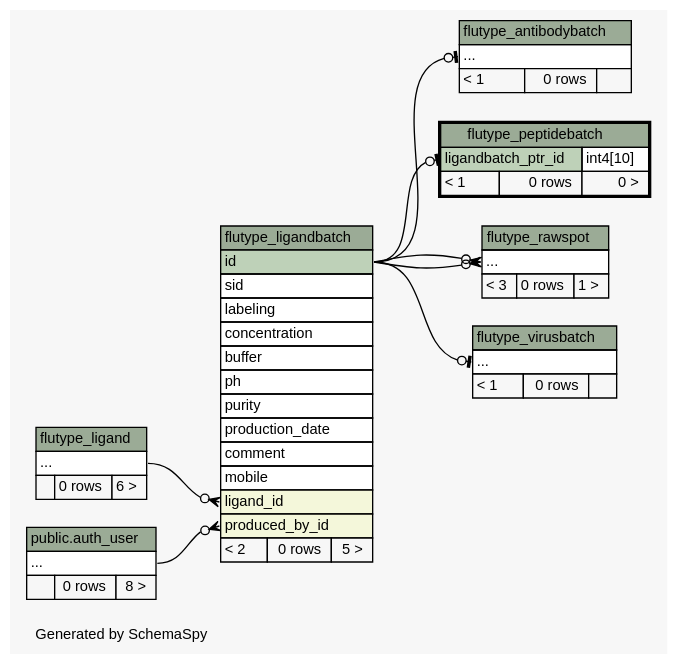
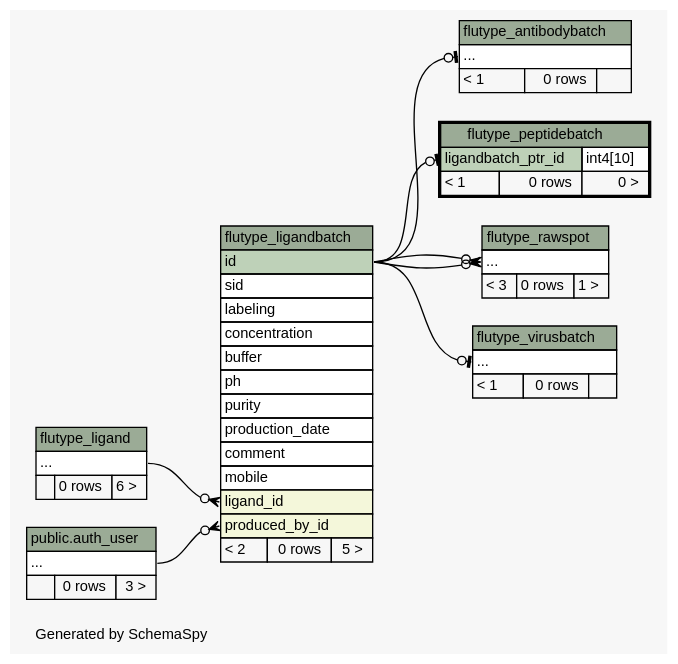
The diagram in docs/schema/diagrams/flutype_peptidebatch.2degrees.dot (janekg89/flutype_webapp), drawn with Graphviz before and after one commit. The commit also changed 127 other files, not shown here.

Commit message:
latest schema generated

```diff
--- a/docs/schema/diagrams/flutype_peptidebatch.2degrees.dot
+++ b/docs/schema/diagrams/flutype_peptidebatch.2degrees.dot
@@ -1,109 +1,109 @@
 // dot 2.38.0 on Linux 4.4.0-89-generic
 // SchemaSpy rev 590
 digraph "twoDegreesRelationshipsDiagram" {
   graph [
     rankdir="RL"
     bgcolor="#f7f7f7"
     label="\nGenerated by SchemaSpy"
     labeljust="l"
     nodesep="0.18"
     ranksep="0.46"
     fontname="Helvetica"
     fontsize="11"
   ];
   node [
     fontname="Helvetica"
     fontsize="11"
     shape="plaintext"
   ];
   edge [
     arrowsize="0.8"
   ];
   "flutype_antibodybatch":"elipses":w -> "flutype_ligandbatch":"id":e [arrowhead=none dir=back arrowtail=teeodot];
   "flutype_ligandbatch":"ligand_id":w -> "flutype_ligand":"elipses":e [arrowhead=none dir=back arrowtail=crowodot];
   "flutype_ligandbatch":"produced_by_id":w -> "public.auth_user":"elipses":e [arrowhead=none dir=back arrowtail=crowodot];
   "flutype_peptidebatch":"ligandbatch_ptr_id":w -> "flutype_ligandbatch":"id":e [arrowhead=none dir=back arrowtail=teeodot];
   "flutype_rawspot":"elipses":w -> "flutype_ligandbatch":"id":e [arrowhead=none dir=back arrowtail=crowodot];
   "flutype_rawspot":"elipses":w -> "flutype_ligandbatch":"id":e [arrowhead=none dir=back arrowtail=crowodot];
   "flutype_virusbatch":"elipses":w -> "flutype_ligandbatch":"id":e [arrowhead=none dir=back arrowtail=teeodot];
   "public.auth_user" [
     label=<
     <TABLE BORDER="0" CELLBORDER="1" CELLSPACING="0" BGCOLOR="#ffffff">
       <TR><TD COLSPAN="3" BGCOLOR="#9bab96" ALIGN="CENTER">public.auth_user</TD></TR>
       <TR><TD PORT="elipses" COLSPAN="3" ALIGN="LEFT">...</TD></TR>
-      <TR><TD ALIGN="LEFT" BGCOLOR="#f7f7f7">  </TD><TD ALIGN="RIGHT" BGCOLOR="#f7f7f7">0 rows</TD><TD ALIGN="RIGHT" BGCOLOR="#f7f7f7">8 &gt;</TD></TR>
+      <TR><TD ALIGN="LEFT" BGCOLOR="#f7f7f7">  </TD><TD ALIGN="RIGHT" BGCOLOR="#f7f7f7">0 rows</TD><TD ALIGN="RIGHT" BGCOLOR="#f7f7f7">3 &gt;</TD></TR>
     </TABLE>>
     tooltip="public.auth_user"
   ];
   "flutype_antibodybatch" [
     label=<
     <TABLE BORDER="0" CELLBORDER="1" CELLSPACING="0" BGCOLOR="#ffffff">
       <TR><TD COLSPAN="3" BGCOLOR="#9bab96" ALIGN="CENTER">flutype_antibodybatch</TD></TR>
       <TR><TD PORT="elipses" COLSPAN="3" ALIGN="LEFT">...</TD></TR>
       <TR><TD ALIGN="LEFT" BGCOLOR="#f7f7f7">&lt; 1</TD><TD ALIGN="RIGHT" BGCOLOR="#f7f7f7">0 rows</TD><TD ALIGN="RIGHT" BGCOLOR="#f7f7f7">  </TD></TR>
     </TABLE>>
     URL="flutype_antibodybatch.html"
     tooltip="flutype_antibodybatch"
   ];
   "flutype_ligand" [
     label=<
     <TABLE BORDER="0" CELLBORDER="1" CELLSPACING="0" BGCOLOR="#ffffff">
       <TR><TD COLSPAN="3" BGCOLOR="#9bab96" ALIGN="CENTER">flutype_ligand</TD></TR>
       <TR><TD PORT="elipses" COLSPAN="3" ALIGN="LEFT">...</TD></TR>
       <TR><TD ALIGN="LEFT" BGCOLOR="#f7f7f7">  </TD><TD ALIGN="RIGHT" BGCOLOR="#f7f7f7">0 rows</TD><TD ALIGN="RIGHT" BGCOLOR="#f7f7f7">6 &gt;</TD></TR>
     </TABLE>>
     URL="flutype_ligand.html"
     tooltip="flutype_ligand"
   ];
   "flutype_ligandbatch" [
     label=<
     <TABLE BORDER="0" CELLBORDER="1" CELLSPACING="0" BGCOLOR="#ffffff">
       <TR><TD COLSPAN="3" BGCOLOR="#9bab96" ALIGN="CENTER">flutype_ligandbatch</TD></TR>
       <TR><TD PORT="id" COLSPAN="3" BGCOLOR="#bed1b8" ALIGN="LEFT">id</TD></TR>
       <TR><TD PORT="sid" COLSPAN="3" ALIGN="LEFT">sid</TD></TR>
       <TR><TD PORT="labeling" COLSPAN="3" ALIGN="LEFT">labeling</TD></TR>
       <TR><TD PORT="concentration" COLSPAN="3" ALIGN="LEFT">concentration</TD></TR>
       <TR><TD PORT="buffer" COLSPAN="3" ALIGN="LEFT">buffer</TD></TR>
       <TR><TD PORT="ph" COLSPAN="3" ALIGN="LEFT">ph</TD></TR>
       <TR><TD PORT="purity" COLSPAN="3" ALIGN="LEFT">purity</TD></TR>
       <TR><TD PORT="production_date" COLSPAN="3" ALIGN="LEFT">production_date</TD></TR>
       <TR><TD PORT="comment" COLSPAN="3" ALIGN="LEFT">comment</TD></TR>
       <TR><TD PORT="mobile" COLSPAN="3" ALIGN="LEFT">mobile</TD></TR>
       <TR><TD PORT="ligand_id" COLSPAN="3" BGCOLOR="#f4f7da" ALIGN="LEFT">ligand_id</TD></TR>
       <TR><TD PORT="produced_by_id" COLSPAN="3" BGCOLOR="#f4f7da" ALIGN="LEFT">produced_by_id</TD></TR>
       <TR><TD ALIGN="LEFT" BGCOLOR="#f7f7f7">&lt; 2</TD><TD ALIGN="RIGHT" BGCOLOR="#f7f7f7">0 rows</TD><TD ALIGN="RIGHT" BGCOLOR="#f7f7f7">5 &gt;</TD></TR>
     </TABLE>>
     URL="flutype_ligandbatch.html"
     tooltip="flutype_ligandbatch"
   ];
   "flutype_peptidebatch" [
     label=<
     <TABLE BORDER="2" CELLBORDER="1" CELLSPACING="0" BGCOLOR="#ffffff">
       <TR><TD COLSPAN="3" BGCOLOR="#9bab96" ALIGN="CENTER">flutype_peptidebatch</TD></TR>
       <TR><TD PORT="ligandbatch_ptr_id" COLSPAN="2" BGCOLOR="#bed1b8" ALIGN="LEFT">ligandbatch_ptr_id</TD><TD PORT="ligandbatch_ptr_id.type" ALIGN="LEFT">int4[10]</TD></TR>
       <TR><TD ALIGN="LEFT" BGCOLOR="#f7f7f7">&lt; 1</TD><TD ALIGN="RIGHT" BGCOLOR="#f7f7f7">0 rows</TD><TD ALIGN="RIGHT" BGCOLOR="#f7f7f7">0 &gt;</TD></TR>
     </TABLE>>
     URL="flutype_peptidebatch.html"
     tooltip="flutype_peptidebatch"
   ];
   "flutype_rawspot" [
     label=<
     <TABLE BORDER="0" CELLBORDER="1" CELLSPACING="0" BGCOLOR="#ffffff">
       <TR><TD COLSPAN="3" BGCOLOR="#9bab96" ALIGN="CENTER">flutype_rawspot</TD></TR>
       <TR><TD PORT="elipses" COLSPAN="3" ALIGN="LEFT">...</TD></TR>
       <TR><TD ALIGN="LEFT" BGCOLOR="#f7f7f7">&lt; 3</TD><TD ALIGN="RIGHT" BGCOLOR="#f7f7f7">0 rows</TD><TD ALIGN="RIGHT" BGCOLOR="#f7f7f7">1 &gt;</TD></TR>
     </TABLE>>
     URL="flutype_rawspot.html"
     tooltip="flutype_rawspot"
   ];
   "flutype_virusbatch" [
     label=<
     <TABLE BORDER="0" CELLBORDER="1" CELLSPACING="0" BGCOLOR="#ffffff">
       <TR><TD COLSPAN="3" BGCOLOR="#9bab96" ALIGN="CENTER">flutype_virusbatch</TD></TR>
       <TR><TD PORT="elipses" COLSPAN="3" ALIGN="LEFT">...</TD></TR>
       <TR><TD ALIGN="LEFT" BGCOLOR="#f7f7f7">&lt; 1</TD><TD ALIGN="RIGHT" BGCOLOR="#f7f7f7">0 rows</TD><TD ALIGN="RIGHT" BGCOLOR="#f7f7f7">  </TD></TR>
     </TABLE>>
     URL="flutype_virusbatch.html"
     tooltip="flutype_virusbatch"
   ];
 }
```
